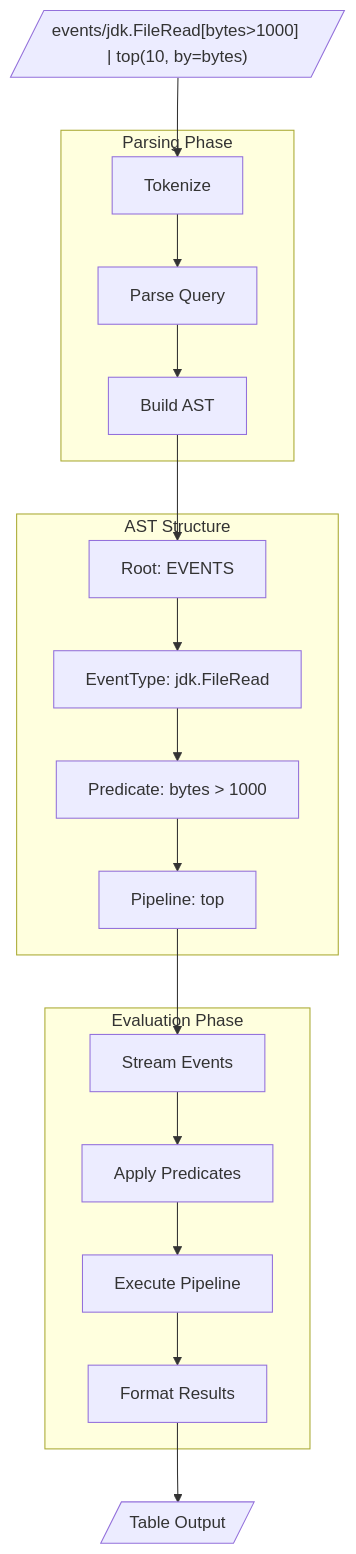
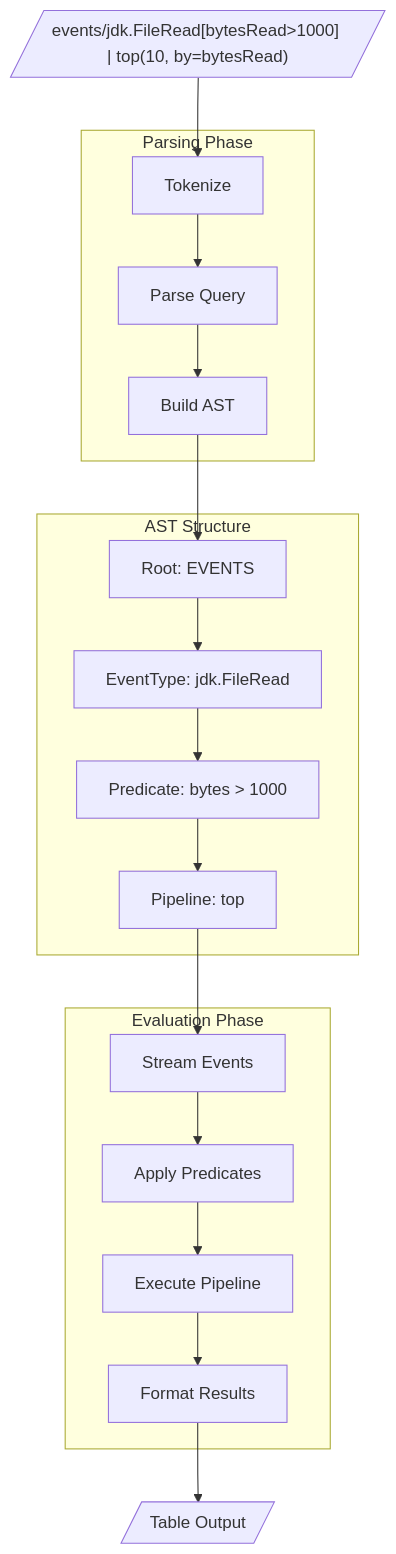
The seventh of 10 diagrams in doc/cli/Architecture.md (btraceio/jafar), drawn with Mermaid before and after one commit. The commit also changed 18 other files, not shown here.

````diff
--- a/doc/cli/Architecture.md
+++ b/doc/cli/Architecture.md
@@ -335,30 +335,30 @@
 ```mermaid
 flowchart TB
-    INPUT[/"events/jdk.FileRead[bytes>1000] | top(10, by=bytes)"/]
+    INPUT[/"events/jdk.FileRead[bytesRead>1000] | top(10, by=bytesRead)"/]
 
     subgraph "Parsing Phase"
         TOK[Tokenize]
         PARSE[Parse Query]
         AST[Build AST]
     end
 
     subgraph "AST Structure"
         ROOT[Root: EVENTS]
         TYPE[EventType: jdk.FileRead]
         PRED[Predicate: bytes > 1000]
         PIPE[Pipeline: top]
     end
 
     subgraph "Evaluation Phase"
         STREAM[Stream Events]
         FILTER[Apply Predicates]
         AGG[Execute Pipeline]
         FORMAT[Format Results]
     end
 
     OUTPUT[/Table Output/]
 
     INPUT --> TOK --> PARSE --> AST
     AST --> ROOT --> TYPE --> PRED --> PIPE
     PIPE --> STREAM --> FILTER --> AGG --> FORMAT --> OUTPUT
 ```
````
